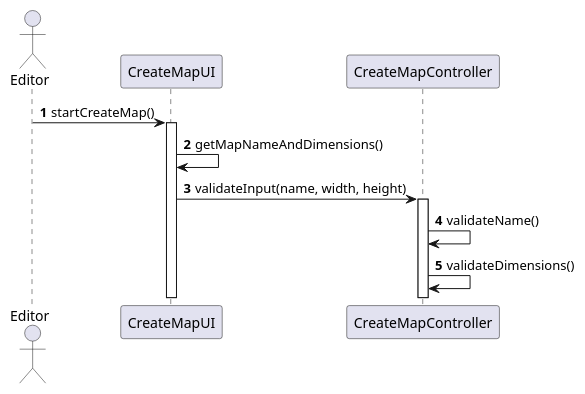
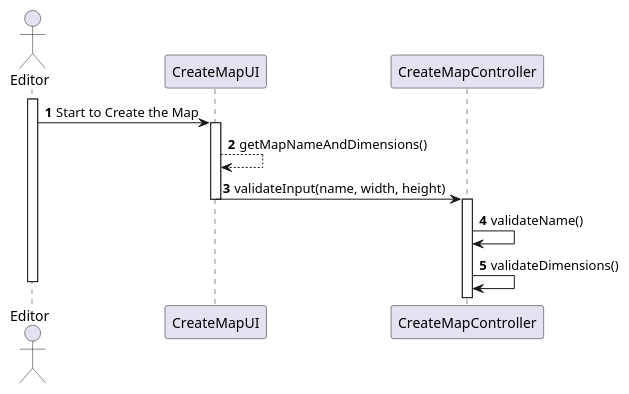
The diagram in Sprint2/US01/03.design.us01/puml/US01-SD-partial-input-validation.puml (Andremonteiro1240850/railway_simulator), drawn with PlantUML before and after one commit. The commit also changed 6 other files, not shown here.

Commit message:
Diagrams Updated

```diff
--- a/Sprint2/US01/03.design.us01/puml/US01-SD-partial-input-validation.puml
+++ b/Sprint2/US01/03.design.us01/puml/US01-SD-partial-input-validation.puml
@@ -1,22 +1,24 @@
 @startuml
 'https://plantuml.com/sequence-diagram
 'skinparam monochrome true
 skinparam packageStyle rectangle
 skinparam shadowing false
 
 autonumber
 'hide footbox
 
 
 actor Editor
-
-Editor -> CreateMapUI : startCreateMap()
+activate Editor
+Editor -> CreateMapUI : Start to Create the Map
 activate CreateMapUI
 
-CreateMapUI -> CreateMapUI : getMapNameAndDimensions()
+CreateMapUI --> CreateMapUI : getMapNameAndDimensions()
 CreateMapUI -> CreateMapController : validateInput(name, width, height)
+deactivate CreateMapUI
 activate CreateMapController
 
 CreateMapController -> CreateMapController : validateName()
 CreateMapController -> CreateMapController : validateDimensions()
+deactivate Editor
 @enduml
```
